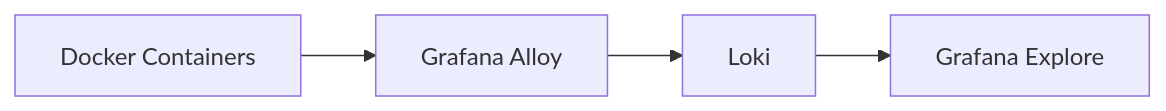
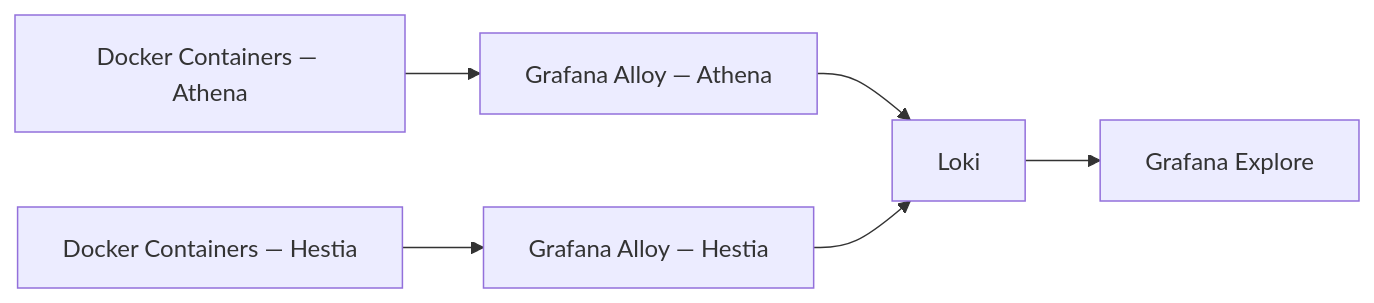
One commit to SwapnajXD/HomeLab changed the third of 6 diagrams in docs/architecture.md. Above: the diagram before and after it, drawn with Mermaid. The commit also changed other lines of this file and 16 other files, not shown here.

````diff
--- a/docs/architecture.md
+++ b/docs/architecture.md
@@ -198,6 +214,8 @@
 ```mermaid
 flowchart LR
-    C[Docker Containers] --> ALLOY[Grafana Alloy]
-    ALLOY --> LOKI[Loki]
+    C1[Docker Containers — Athena] --> A1[Grafana Alloy — Athena]
+    C2[Docker Containers — Hestia] --> A2[Grafana Alloy — Hestia]
+    A1 --> LOKI[Loki]
+    A2 --> LOKI
     LOKI --> GRAF[Grafana Explore]
 ```
````
